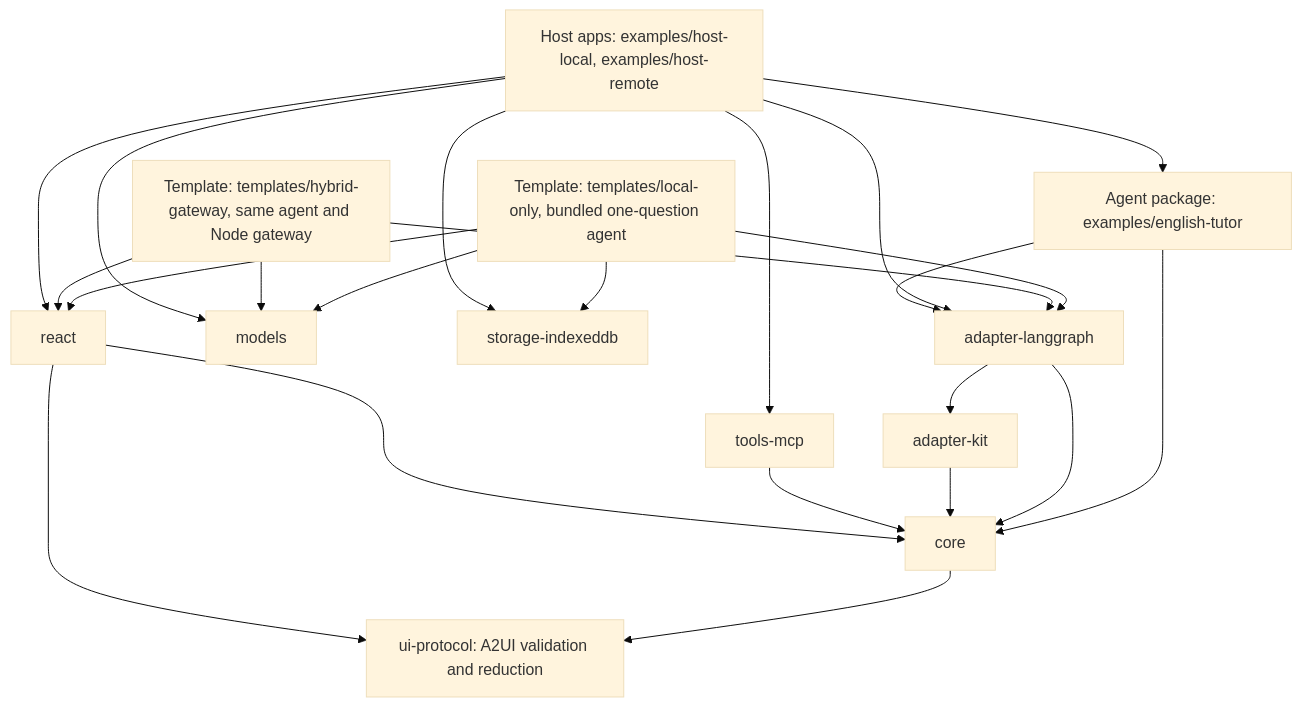
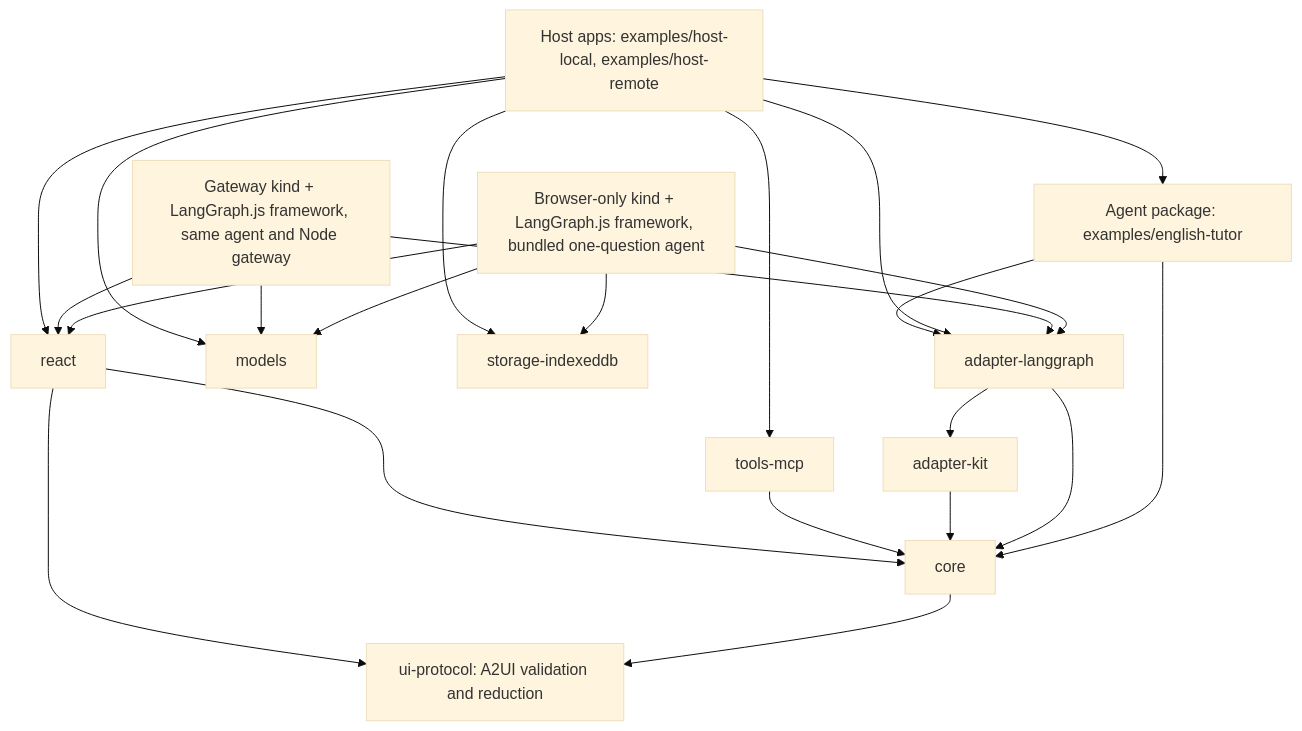
Before and after one commit to vinhnxv/galaxie: the second of 8 diagrams in docs/system-design.md, drawn with Mermaid (base theme). The commit also changed other lines of this file and 111 other files, not shown here.

````diff
--- a/docs/system-design.md
+++ b/docs/system-design.md
@@ -95,16 +95,16 @@
 ```mermaid
 flowchart TD
     Host["Host apps: examples/host-local, examples/host-remote"]
-    Starter["Template: templates/local-only, bundled one-question agent"]
+    Starter["Browser-only kind + LangGraph.js framework, bundled one-question agent"]
     Starter --> Adapter & Models & Storage & ReactPkg
-    HybridStarter["Template: templates/hybrid-gateway, same agent and Node gateway"]
+    HybridStarter["Gateway kind + LangGraph.js framework, same agent and Node gateway"]
     HybridStarter --> Adapter & Models & ReactPkg
     Tutor["Agent package: examples/english-tutor"]
     Host --> Tutor
     Host --> Adapter["adapter-langgraph"] & Models["models"] & Mcp["tools-mcp"] & Storage["storage-indexeddb"] & ReactPkg["react"]
     Tutor --> Core["core"] & Adapter
     Adapter --> Kit["adapter-kit"]
     Protocol["ui-protocol: A2UI validation and reduction"]
     Adapter & Kit & Mcp & ReactPkg --> Core
     Core & ReactPkg --> Protocol
 ```
````
